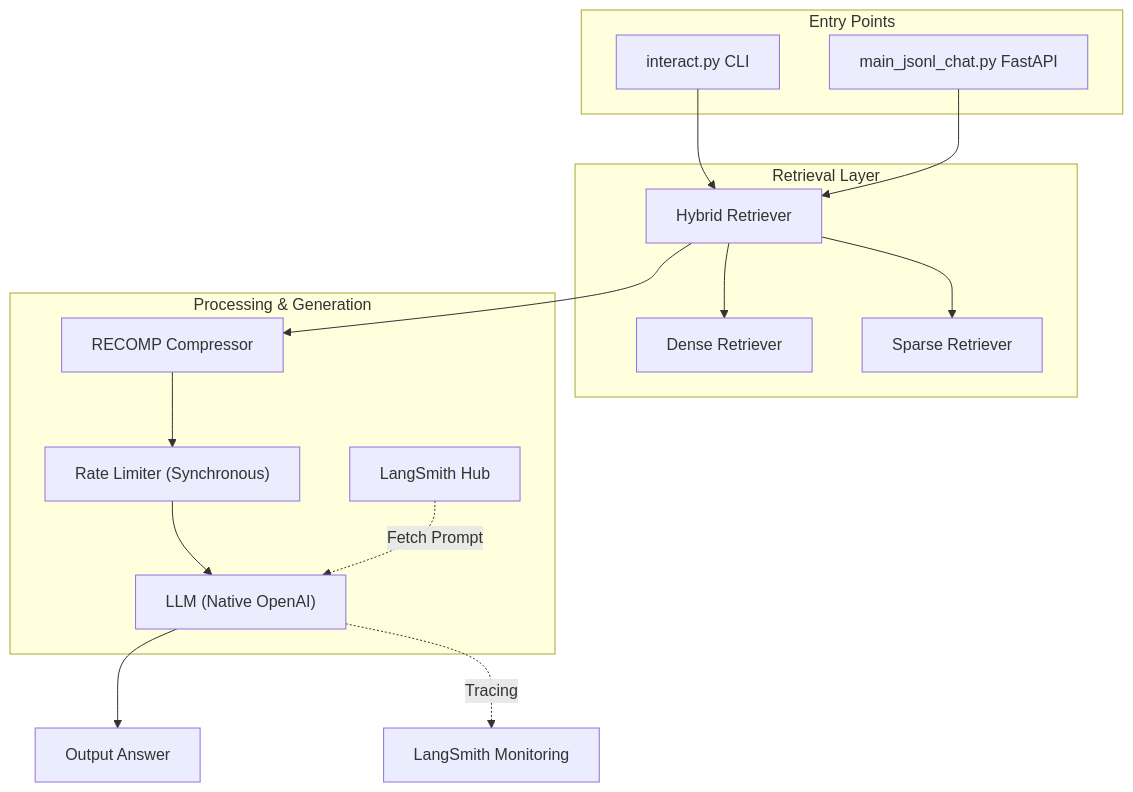
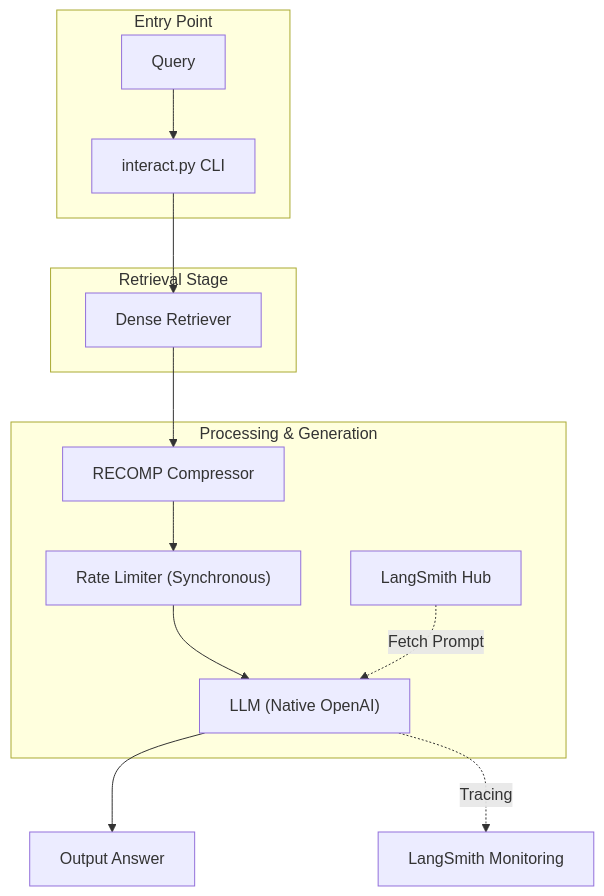
One commit to yinsights8/Archival_Rag_System changed the diagram in README.md. Above: the diagram before and after it, drawn with Mermaid.

````diff
--- a/README.md
+++ b/README.md
@@ -75,24 +75,20 @@
 ```mermaid
 graph TD
-    subgraph "Entry Points"
-        CLI[interact.py CLI]
-        Web[main_jsonl_chat.py FastAPI]
+    subgraph "Entry Point"
+        Query --> CLI[interact.py CLI]
     end
 
-    subgraph "Retrieval Layer"
-        CLI --> Hybrid[Hybrid Retriever]
-        Web --> Hybrid
-        Hybrid --> Dense[Dense Retriever]
-        Hybrid --> Sparse[Sparse Retriever]
+    subgraph "Retrieval Stage"
+        CLI --> Dense[Dense Retriever]
     end
 
     subgraph "Processing & Generation"
-        Hybrid --> Compressor[RECOMP Compressor]
+        Dense --> Compressor[RECOMP Compressor]
         Compressor --> RateLimit["Rate Limiter (Synchronous)"]
         RateLimit --> LLM["LLM (Native OpenAI)"]
         Hub["LangSmith Hub"] -. Fetch Prompt .-> LLM
     end
 
     LLM --> Answer[Output Answer]
     LLM -. Tracing .-> LangSmith[LangSmith Monitoring]
 ```
````
